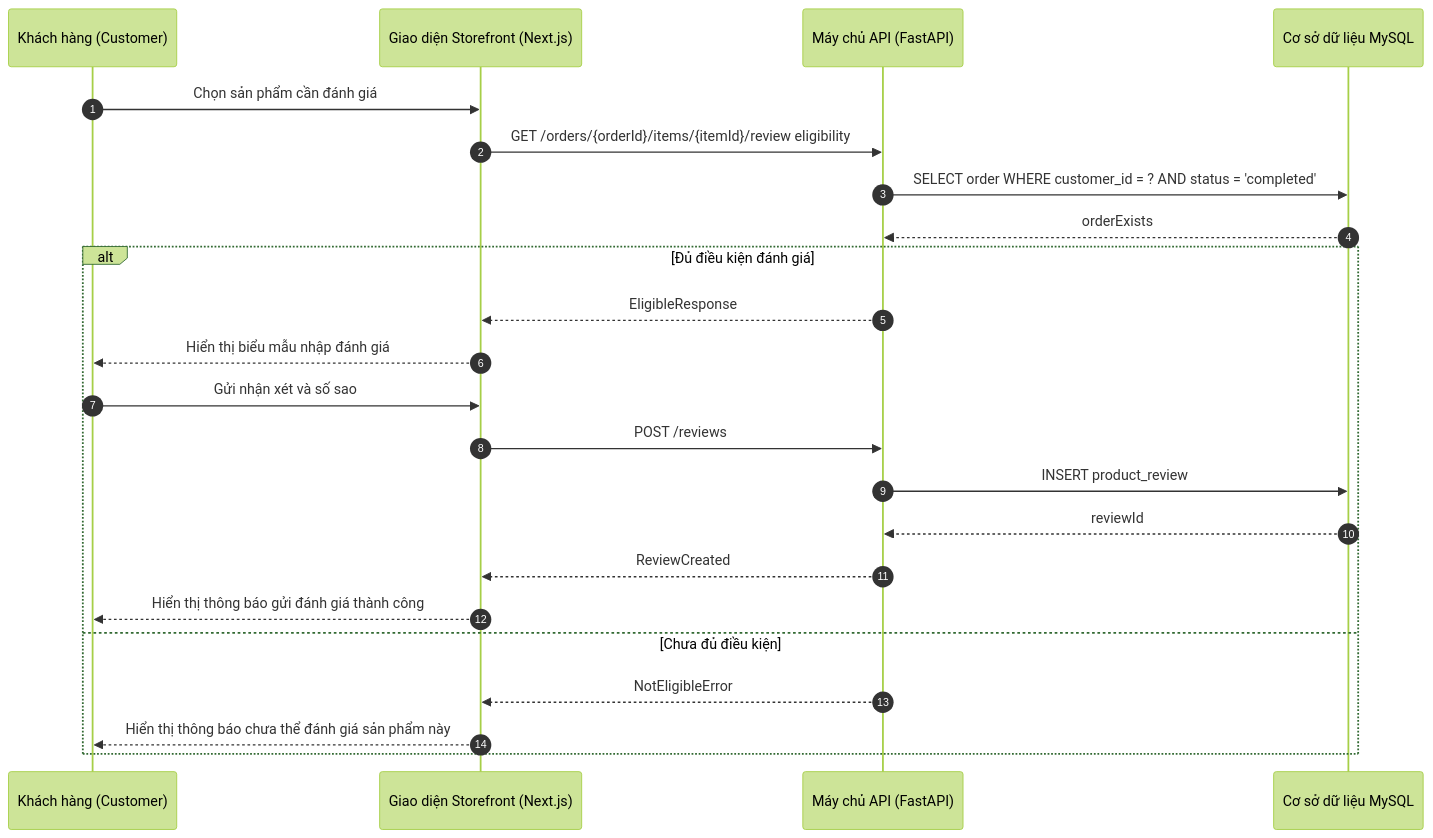
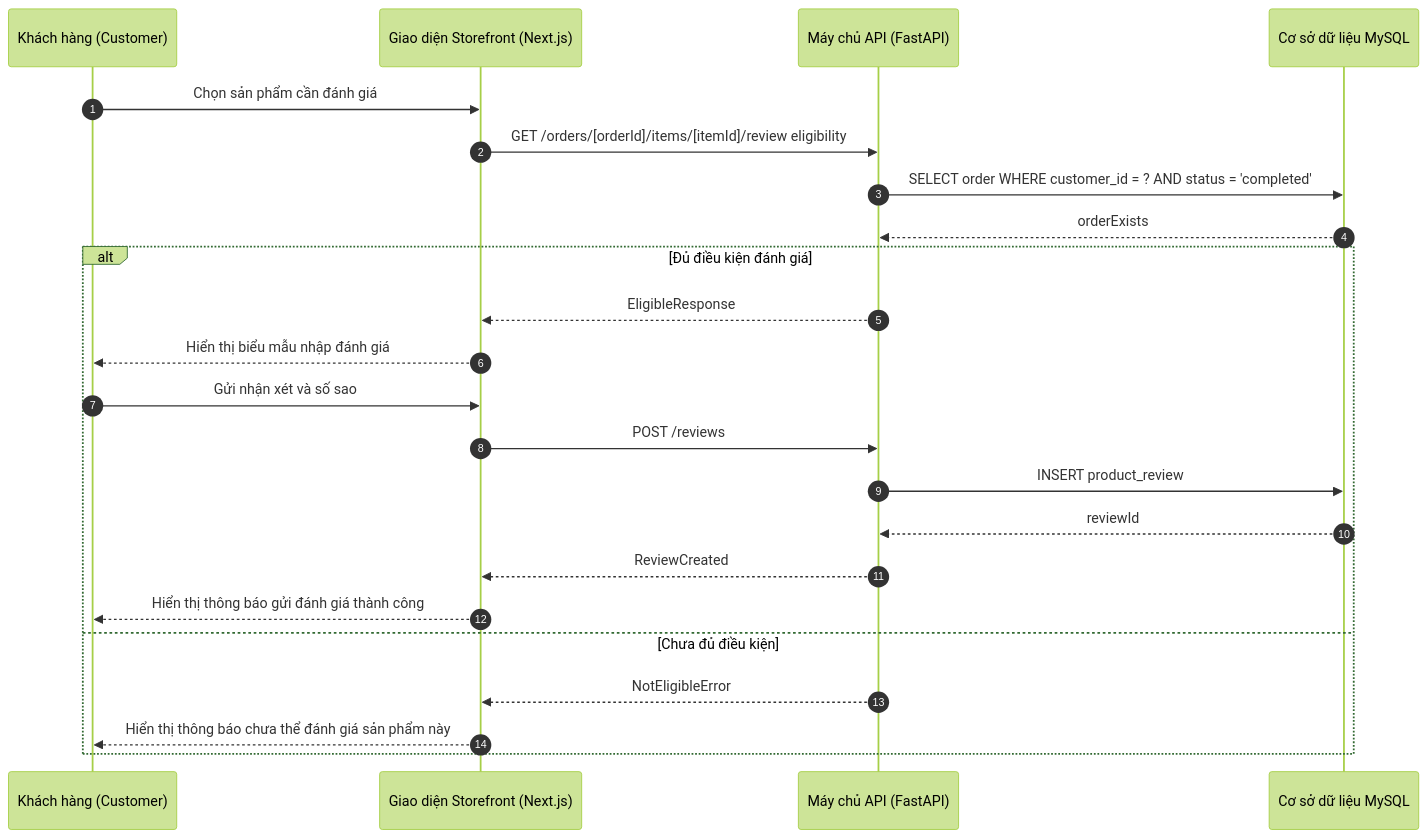
One commit to DanhTrannn/TLCN changed diagram 28 of 57 in docs/design-analysis/OOSAD_ANALYSIS.md. Above: the diagram before and after it, drawn with Mermaid (forest theme). The commit also changed other lines of this file, not shown here.

````diff
--- a/docs/design-analysis/OOSAD_ANALYSIS.md
+++ b/docs/design-analysis/OOSAD_ANALYSIS.md
@@ -1367,27 +1367,27 @@
 ```mermaid
 sequenceDiagram
     autonumber
     participant C as Khách hàng (Customer)
     participant FE as Giao diện Storefront (Next.js)
     participant API as Máy chủ API (FastAPI)
     participant DB as Cơ sở dữ liệu MySQL
     
     C->>FE: Chọn sản phẩm cần đánh giá
-    FE->>API: GET /orders/{orderId}/items/{itemId}/review eligibility
+    FE->>API: GET /orders/[orderId]/items/[itemId]/review eligibility
     API->>DB: SELECT order WHERE customer_id = ? AND status = 'completed'
     DB-->>API: orderExists
     
     alt Đủ điều kiện đánh giá
         API-->>FE: EligibleResponse
         FE-->>C: Hiển thị biểu mẫu nhập đánh giá
         C->>FE: Gửi nhận xét và số sao
         FE->>API: POST /reviews
         API->>DB: INSERT product_review
         DB-->>API: reviewId
         API-->>FE: ReviewCreated
         FE-->>C: Hiển thị thông báo gửi đánh giá thành công
     else Chưa đủ điều kiện
         API-->>FE: NotEligibleError
         FE-->>C: Hiển thị thông báo chưa thể đánh giá sản phẩm này
     end
 ```
````
